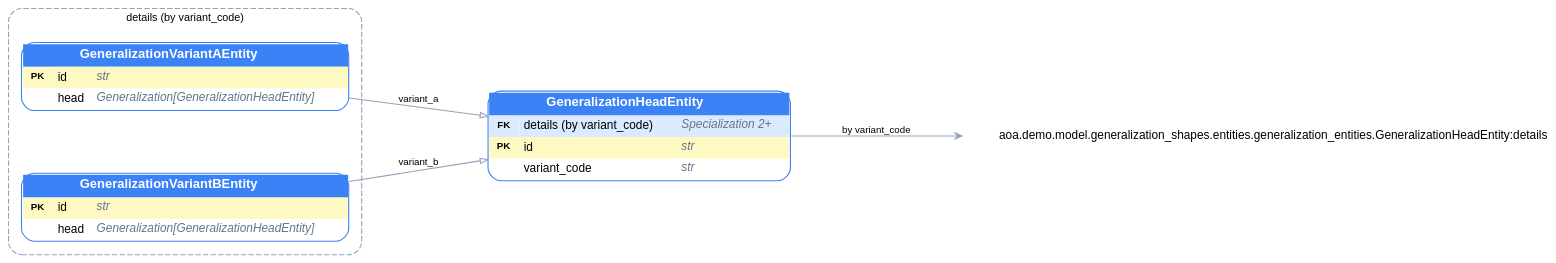
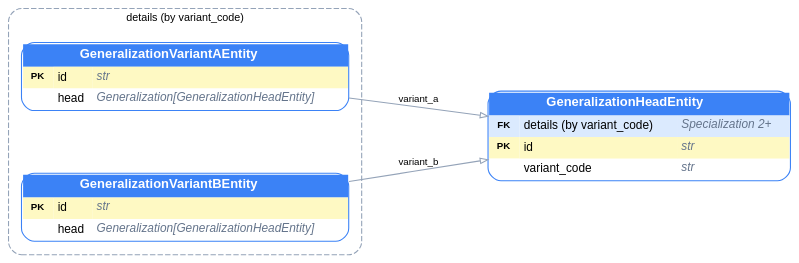
The diagram in specs/004-demonstrator-stand/contracts/stand-erd.dot (bystrovmaxim/aoa), drawn with Graphviz before and after one commit. The commit also changed 2 other files, not shown here.

Commit message:
Maxitor: drop the redundant axis edge from the ERD (#202)

```diff
--- a/specs/004-demonstrator-stand/contracts/stand-erd.dot
+++ b/specs/004-demonstrator-stand/contracts/stand-erd.dot
@@ -1,24 +1,23 @@
 digraph ERD {
   graph [rankdir=LR fontname="Helvetica" bgcolor=transparent pad="0.5" nodesep="0.8" ranksep="1.2"]
   node  [shape=none fontname="Helvetica" fontsize=11 margin="0"]
   edge  [fontname="Helvetica" fontsize=9 color="#94a3b8" arrowsize=0.7]
 
   subgraph "cluster_aoa.demo.model.generalization_shapes.entities.generalization_entities.GeneralizationHeadEntity:details" {
     label="details (by variant_code)";
     style="rounded,dashed";
     color="#94a3b8";
     fontsize=10;
     margin=12;
   "aoa.demo.model.generalization_shapes.entities.generalization_entities.GeneralizationVariantAEntity" [label=<<TABLE BGCOLOR="white" BORDER="1" CELLBORDER="0" CELLSPACING="0" CELLPADDING="4" STYLE="ROUNDED" COLOR="#3b82f6"><TR><TD COLSPAN="3" BGCOLOR="#3b82f6" ALIGN="CENTER"><FONT COLOR="white" POINT-SIZE="12"><B>GeneralizationVariantAEntity</B></FONT></TD></TR><TR><TD BGCOLOR="#fef9c3" ALIGN="CENTER" WIDTH="28"><FONT POINT-SIZE="9"><B>PK</B></FONT></TD><TD BGCOLOR="#fef9c3" ALIGN="LEFT">id</TD><TD BGCOLOR="#fef9c3" ALIGN="LEFT"><FONT COLOR="#64748b"><I>str</I></FONT></TD></TR>
       <TR><TD BGCOLOR="#ffffff" WIDTH="28"></TD><TD BGCOLOR="#ffffff" ALIGN="LEFT">head</TD><TD BGCOLOR="#ffffff" ALIGN="LEFT"><FONT COLOR="#64748b"><I>Generalization[GeneralizationHeadEntity]</I></FONT></TD></TR></TABLE>>]
   "aoa.demo.model.generalization_shapes.entities.generalization_entities.GeneralizationVariantBEntity" [label=<<TABLE BGCOLOR="white" BORDER="1" CELLBORDER="0" CELLSPACING="0" CELLPADDING="4" STYLE="ROUNDED" COLOR="#3b82f6"><TR><TD COLSPAN="3" BGCOLOR="#3b82f6" ALIGN="CENTER"><FONT COLOR="white" POINT-SIZE="12"><B>GeneralizationVariantBEntity</B></FONT></TD></TR><TR><TD BGCOLOR="#fef9c3" ALIGN="CENTER" WIDTH="28"><FONT POINT-SIZE="9"><B>PK</B></FONT></TD><TD BGCOLOR="#fef9c3" ALIGN="LEFT">id</TD><TD BGCOLOR="#fef9c3" ALIGN="LEFT"><FONT COLOR="#64748b"><I>str</I></FONT></TD></TR>
       <TR><TD BGCOLOR="#ffffff" WIDTH="28"></TD><TD BGCOLOR="#ffffff" ALIGN="LEFT">head</TD><TD BGCOLOR="#ffffff" ALIGN="LEFT"><FONT COLOR="#64748b"><I>Generalization[GeneralizationHeadEntity]</I></FONT></TD></TR></TABLE>>]
   }
   "aoa.demo.model.generalization_shapes.entities.generalization_entities.GeneralizationHeadEntity" [label=<<TABLE BGCOLOR="white" BORDER="1" CELLBORDER="0" CELLSPACING="0" CELLPADDING="4" STYLE="ROUNDED" COLOR="#3b82f6"><TR><TD COLSPAN="3" BGCOLOR="#3b82f6" ALIGN="CENTER"><FONT COLOR="white" POINT-SIZE="12"><B>GeneralizationHeadEntity</B></FONT></TD></TR><TR><TD BGCOLOR="#dbeafe" ALIGN="CENTER" WIDTH="28"><FONT POINT-SIZE="9"><B>FK</B></FONT></TD><TD BGCOLOR="#dbeafe" ALIGN="LEFT">details (by variant_code)</TD><TD BGCOLOR="#dbeafe" ALIGN="LEFT" TOOLTIP="variant_a → GeneralizationVariantAEntity&#10;variant_b → GeneralizationVariantBEntity"><FONT COLOR="#64748b"><I>Specialization 2+</I></FONT></TD></TR>
       <TR><TD BGCOLOR="#fef9c3" ALIGN="CENTER" WIDTH="28"><FONT POINT-SIZE="9"><B>PK</B></FONT></TD><TD BGCOLOR="#fef9c3" ALIGN="LEFT">id</TD><TD BGCOLOR="#fef9c3" ALIGN="LEFT"><FONT COLOR="#64748b"><I>str</I></FONT></TD></TR>
       <TR><TD BGCOLOR="#ffffff" WIDTH="28"></TD><TD BGCOLOR="#ffffff" ALIGN="LEFT">variant_code</TD><TD BGCOLOR="#ffffff" ALIGN="LEFT"><FONT COLOR="#64748b"><I>str</I></FONT></TD></TR></TABLE>>]
 
-  "aoa.demo.model.generalization_shapes.entities.generalization_entities.GeneralizationHeadEntity" -> "aoa.demo.model.generalization_shapes.entities.generalization_entities.GeneralizationHeadEntity:details" [label="by variant_code" fontsize=9 arrowhead=vee]
   "aoa.demo.model.generalization_shapes.entities.generalization_entities.GeneralizationVariantAEntity" -> "aoa.demo.model.generalization_shapes.entities.generalization_entities.GeneralizationHeadEntity" [label="variant_a" fontsize=9 arrowhead=empty]
   "aoa.demo.model.generalization_shapes.entities.generalization_entities.GeneralizationVariantBEntity" -> "aoa.demo.model.generalization_shapes.entities.generalization_entities.GeneralizationHeadEntity" [label="variant_b" fontsize=9 arrowhead=empty]
 }
```
